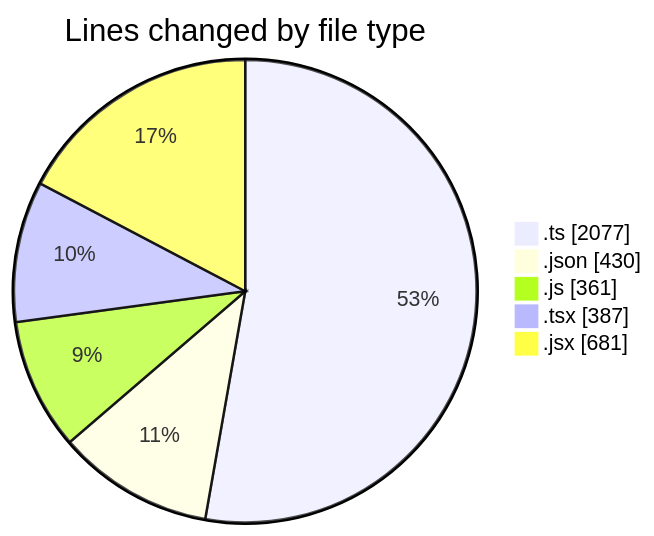
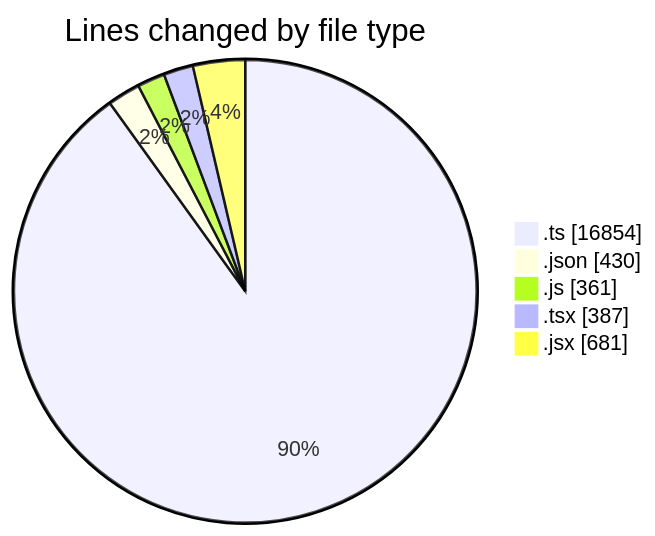
One commit to momahboobian/code-tracking changed the first of 2 diagrams in 2025-10-29/cda/README.md. Above: the diagram before and after it, drawn with Mermaid. The commit also changed other lines of this file and 1 other file, not shown here.

````diff
--- a/2025-10-29/cda/README.md
+++ b/2025-10-29/cda/README.md
@@ -33,9 +36,9 @@
 ```mermaid
 pie showData
 title Lines changed by file type
-".ts" : 2077
+".ts" : 16854
 ".json" : 430
 ".js" : 361
 ".tsx" : 387
 ".jsx" : 681
 ```
````
